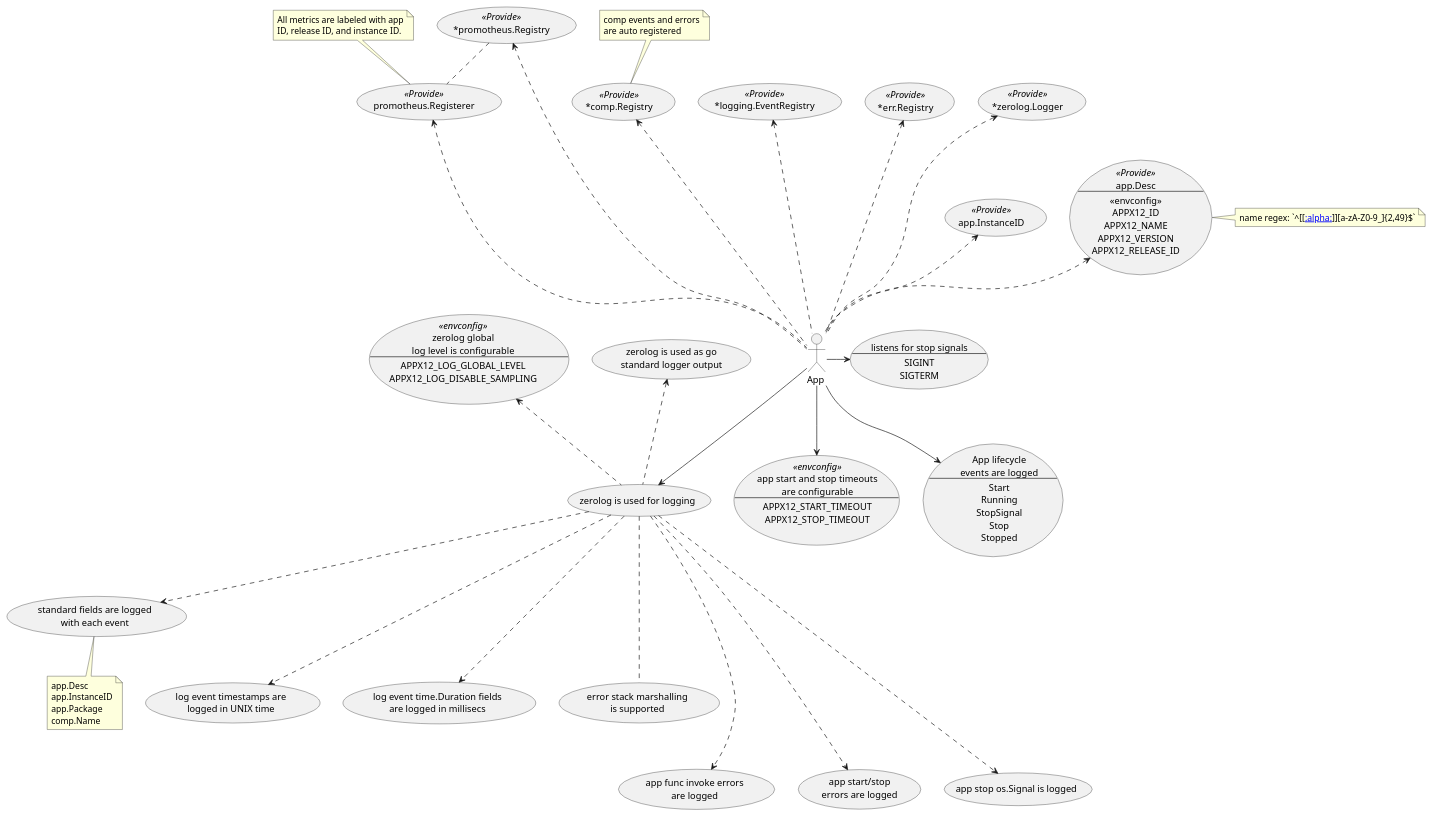
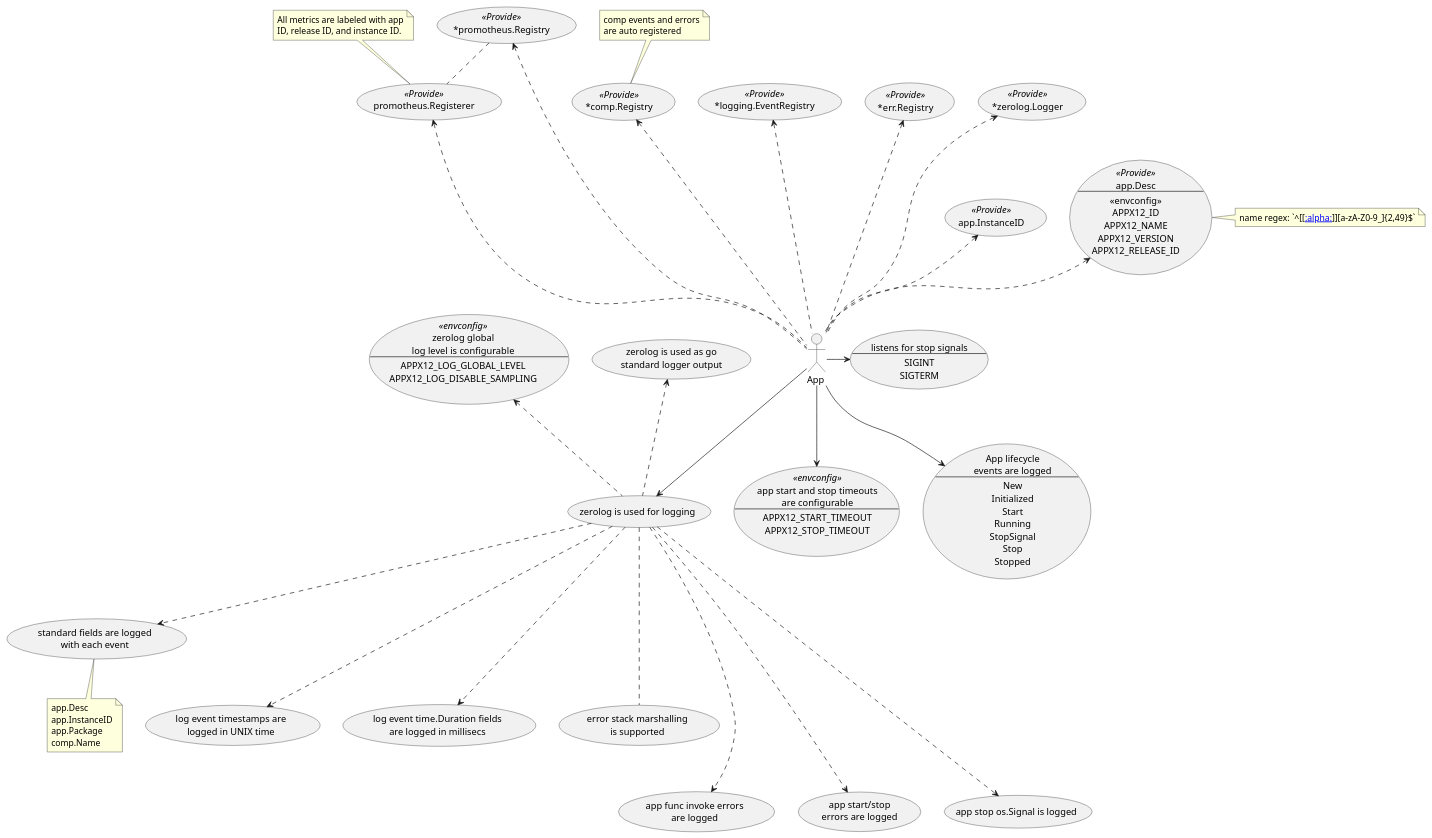
The diagram in pkg/app/fx/usecases.puml (oysterpack/andiamo), drawn with PlantUML before and after one commit. The commit also changed 5 other files, not shown here.

```diff
--- a/pkg/app/fx/usecases.puml
+++ b/pkg/app/fx/usecases.puml
@@ -1,138 +1,140 @@
 @startuml
 skinparam usecase {
 	BackgroundColor<< NEW >> DarkSeaGreen
 	BorderColor<< NEW >> YellowGreen
 }
 
 actor :App : as APP
 
 usecase APP_TIMEOUTS << envconfig >> as "
 app start and stop timeouts
 are configurable
 ---
 APPX12_START_TIMEOUT
 APPX12_STOP_TIMEOUT
 "
 
 usecase APP_LOGGING as "zerolog is used for logging"
 usecase ZEROLOG_CONFIG << envconfig >> as "
 zerolog global
 log level is configurable
 ---
 APPX12_LOG_GLOBAL_LEVEL
 APPX12_LOG_DISABLE_SAMPLING
 "
 
 usecase LOG_APP_DESC as "standard fields are logged
 with each event"
 
 note bottom of LOG_APP_DESC {
 app.Desc
 app.InstanceID
 app.Package
 comp.Name
 }
 
 usecase LOG_TIMESTAMP as "log event timestamps are
 logged in UNIX time"
 
 usecase LOG_DURATION as "log event time.Duration fields
 are logged in millisecs"
 
 usecase LOG_ERROR_STACK_MARSHALLER as "error stack marshalling
 is supported"
 
 usecase GO_LOGGING as "zerolog is used as go
 standard logger output"
 
 usecase PROVIDE_APP_DESC << Provide >> as "
 app.Desc
 ---
 <<envconfig>>
 APPX12_ID
 APPX12_NAME
 APPX12_VERSION
 APPX12_RELEASE_ID
 "
 
 note as NAME_REGEX
 name regex: `^[[[[:alpha:]]]][a-zA-Z0-9_]{2,49}$`
 end note
 
 PROVIDE_APP_DESC . NAME_REGEX
 
 usecase PROVIDE_APP_INSTANCE_ID << Provide >> as "app.InstanceID"
 
 usecase PROVIDE_LOGGER << Provide >> as "*zerolog.Logger"
 usecase PROVIDE_ERR_REGISTRY << Provide >> as "*err.Registry"
 usecase PROVIDE_EVENT_REGISTRY << Provide >> as "*logging.EventRegistry"
 usecase PROVIDE_COMP_REGISTRY << Provide >> as "*comp.Registry"
 
 note as COMP_REGISTRY_NOTES
 comp events and errors
 are auto registered
 end note
 
 COMP_REGISTRY_NOTES ..> PROVIDE_COMP_REGISTRY
 
 usecase PROVIDE_PROMETHEUS_REGISTRY << Provide >> as "*promotheus.Registry"
 usecase PROVIDE_PROMETHEUS_REGISTERER << Provide >> as "promotheus.Registerer"
 PROVIDE_PROMETHEUS_REGISTRY .. PROVIDE_PROMETHEUS_REGISTERER
 
 note as PROMETHEUS_REGISTERER_NOTE
 All metrics are labeled with app
 ID, release ID, and instance ID.
 end note
 
 PROMETHEUS_REGISTERER_NOTE .. PROVIDE_PROMETHEUS_REGISTERER
 
 APP .up.> PROVIDE_APP_DESC
 APP .up.> PROVIDE_APP_INSTANCE_ID
 APP .up..> PROVIDE_LOGGER
 APP .up..> PROVIDE_ERR_REGISTRY
 APP .up..> PROVIDE_EVENT_REGISTRY
 APP .up..> PROVIDE_COMP_REGISTRY
 APP .up..> PROVIDE_PROMETHEUS_REGISTRY
 APP .up..> PROVIDE_PROMETHEUS_REGISTERER
 
 usecase LOG_APP_LIFECYCLE_EVENTS as "App lifecycle
 events are logged
 ---
+New
+Initialized
 Start
 Running
 StopSignal
 Stop
 Stopped"
 
 usecase LOG_APP_INVOKE_ERRORS as "app func invoke errors
 are logged"
 
 usecase LOG_APP_START_STOP_ERRORS as "app start/stop
 errors are logged"
 
 usecase LOG_STOP_SIGNAL_EVENT as "app stop os.Signal is logged"
 
 usecase APP_STOP_SIGNALS as "listens for stop signals
 ---
 SIGINT
 SIGTERM
 "
 
 APP_LOGGING .up.> GO_LOGGING
 APP_LOGGING .up.> ZEROLOG_CONFIG
 APP_LOGGING ..> LOG_APP_DESC
 APP_LOGGING ...> LOG_TIMESTAMP
 APP_LOGGING ...> LOG_DURATION
 APP_LOGGING ....> LOG_APP_INVOKE_ERRORS
 APP_LOGGING ....> LOG_APP_START_STOP_ERRORS
 APP_LOGGING ....> LOG_STOP_SIGNAL_EVENT
 APP_LOGGING ... LOG_ERROR_STACK_MARSHALLER
 
 
 APP --> APP_TIMEOUTS
 APP --> APP_LOGGING
 
 APP --> LOG_APP_LIFECYCLE_EVENTS
 APP -> APP_STOP_SIGNALS
 
 @enduml
```
